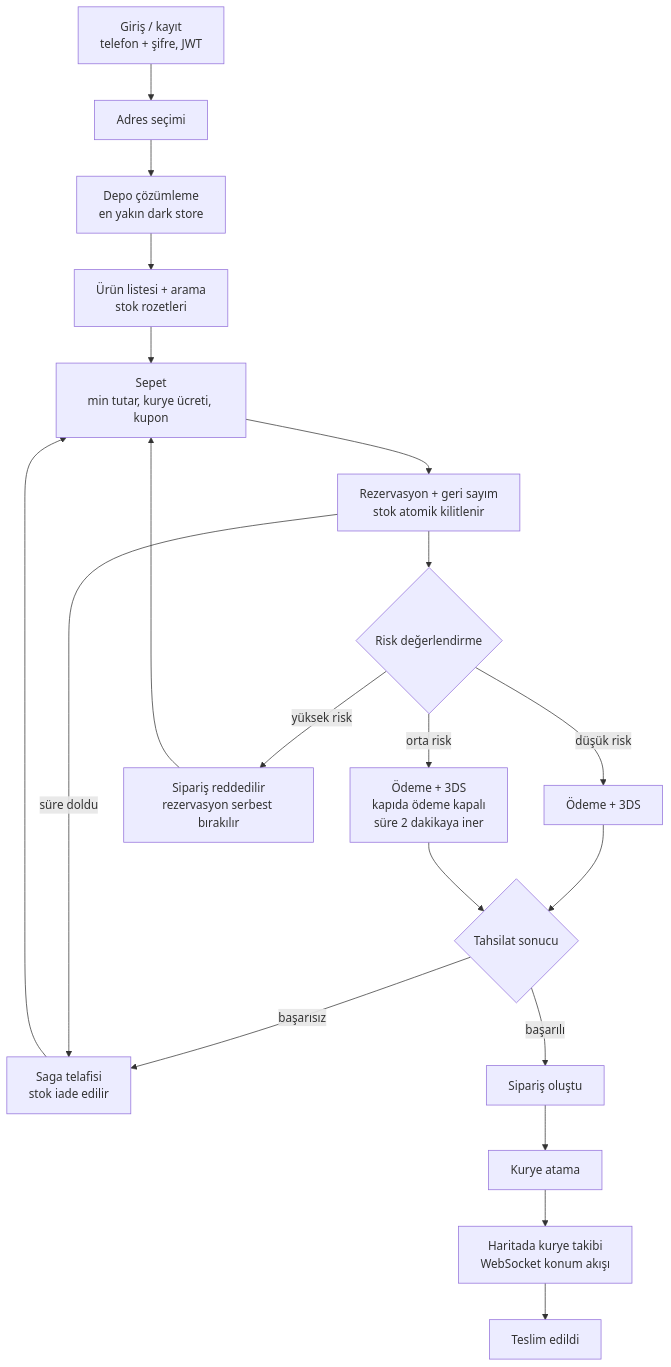
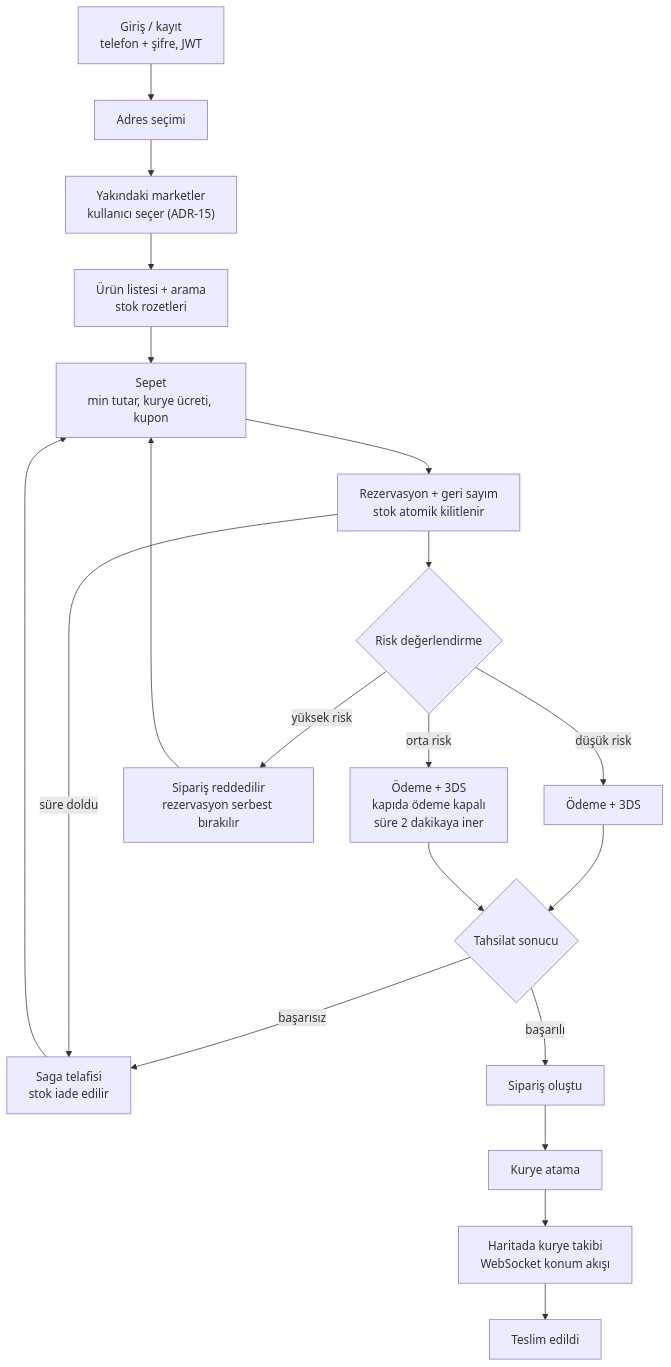
One commit to berkaydgryl/quick-commerce-microservices changed the second of 2 diagrams in README.md. Above: the diagram before and after it, drawn with Mermaid. The commit also changed other lines of this file and 58 other files, not shown here.

````diff
--- a/README.md
+++ b/README.md
@@ -119,22 +119,22 @@
 ```mermaid
 flowchart TD
   A["Giriş / kayıt<br/>telefon + şifre, JWT"] --> B["Adres seçimi"]
-  B --> C["Depo çözümleme<br/>en yakın dark store"]
+  B --> C["Yakındaki marketler<br/>kullanıcı seçer (ADR-15)"]
   C --> D["Ürün listesi + arama<br/>stok rozetleri"]
   D --> E["Sepet<br/>min tutar, kurye ücreti, kupon"]
   E --> F["Rezervasyon + geri sayım<br/>stok atomik kilitlenir"]
   F --> G{"Risk değerlendirme"}
   G -- "düşük risk" --> H["Ödeme + 3DS"]
   G -- "orta risk" --> H2["Ödeme + 3DS<br/>kapıda ödeme kapalı<br/>süre 2 dakikaya iner"]
   G -- "yüksek risk" --> X["Sipariş reddedilir<br/>rezervasyon serbest bırakılır"]
   H --> I{"Tahsilat sonucu"}
   H2 --> I
   I -- "başarısız" --> Y["Saga telafisi<br/>stok iade edilir"]
   I -- "başarılı" --> J["Sipariş oluştu"]
   J --> K["Kurye atama"]
   K --> L["Haritada kurye takibi<br/>WebSocket konum akışı"]
   L --> M["Teslim edildi"]
   F -- "süre doldu" --> Y
   Y --> E
   X --> E
 ```
````
